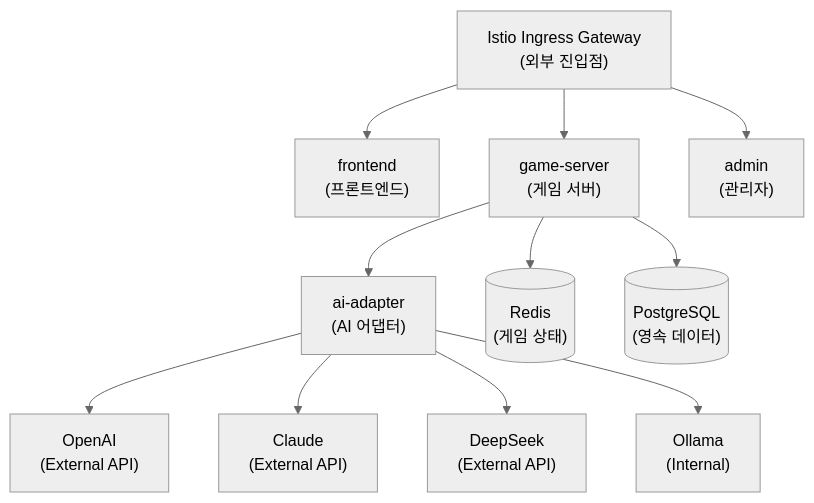
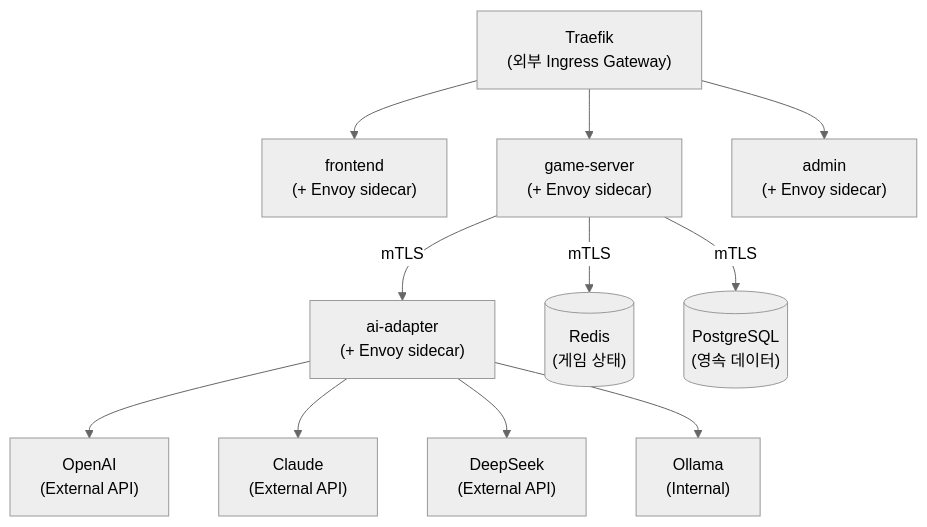
Before and after one commit to k82022603/RummiArena: the fifth of 6 diagrams in docs/01-planning/04-tool-chain.md, drawn with Mermaid (neutral theme). The commit also changed other lines of this file and 27 other files, not shown here.

````diff
--- a/docs/01-planning/04-tool-chain.md
+++ b/docs/01-planning/04-tool-chain.md
@@ -179,16 +179,16 @@
 ```mermaid
 graph TB
-    IGW["Istio Ingress Gateway\n(외부 진입점)"]
-    IGW --> FE["frontend\n(프론트엔드)"]
-    IGW --> GS["game-server\n(게임 서버)"]
-    IGW --> Admin["admin\n(관리자)"]
+    Traefik["Traefik\n(외부 Ingress Gateway)"]
+    Traefik --> FE["frontend\n(+ Envoy sidecar)"]
+    Traefik --> GS["game-server\n(+ Envoy sidecar)"]
+    Traefik --> Admin["admin\n(+ Envoy sidecar)"]
 
-    GS --> AI["ai-adapter\n(AI 어댑터)"]
-    GS --> Redis[("Redis\n(게임 상태)")]
-    GS --> PG[("PostgreSQL\n(영속 데이터)")]
+    GS -->|"mTLS"| AI["ai-adapter\n(+ Envoy sidecar)"]
+    GS -->|"mTLS"| Redis[("Redis\n(게임 상태)")]
+    GS -->|"mTLS"| PG[("PostgreSQL\n(영속 데이터)")]
 
     AI --> OpenAI["OpenAI\n(External API)"]
     AI --> Claude["Claude\n(External API)"]
     AI --> DeepSeek["DeepSeek\n(External API)"]
     AI --> Ollama["Ollama\n(Internal)"]
 ```
````
